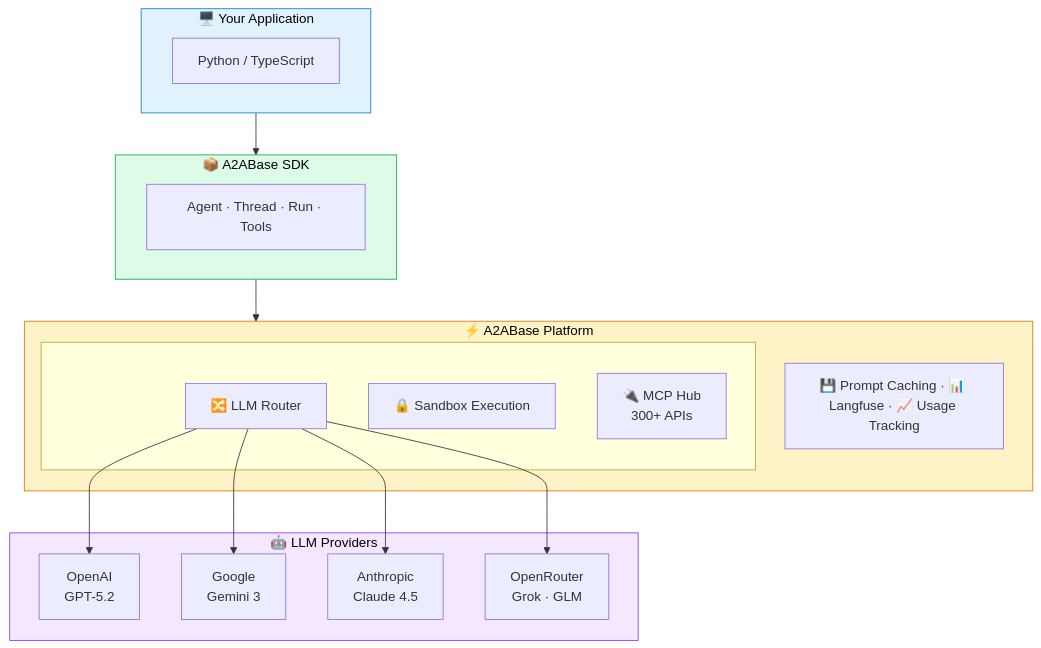
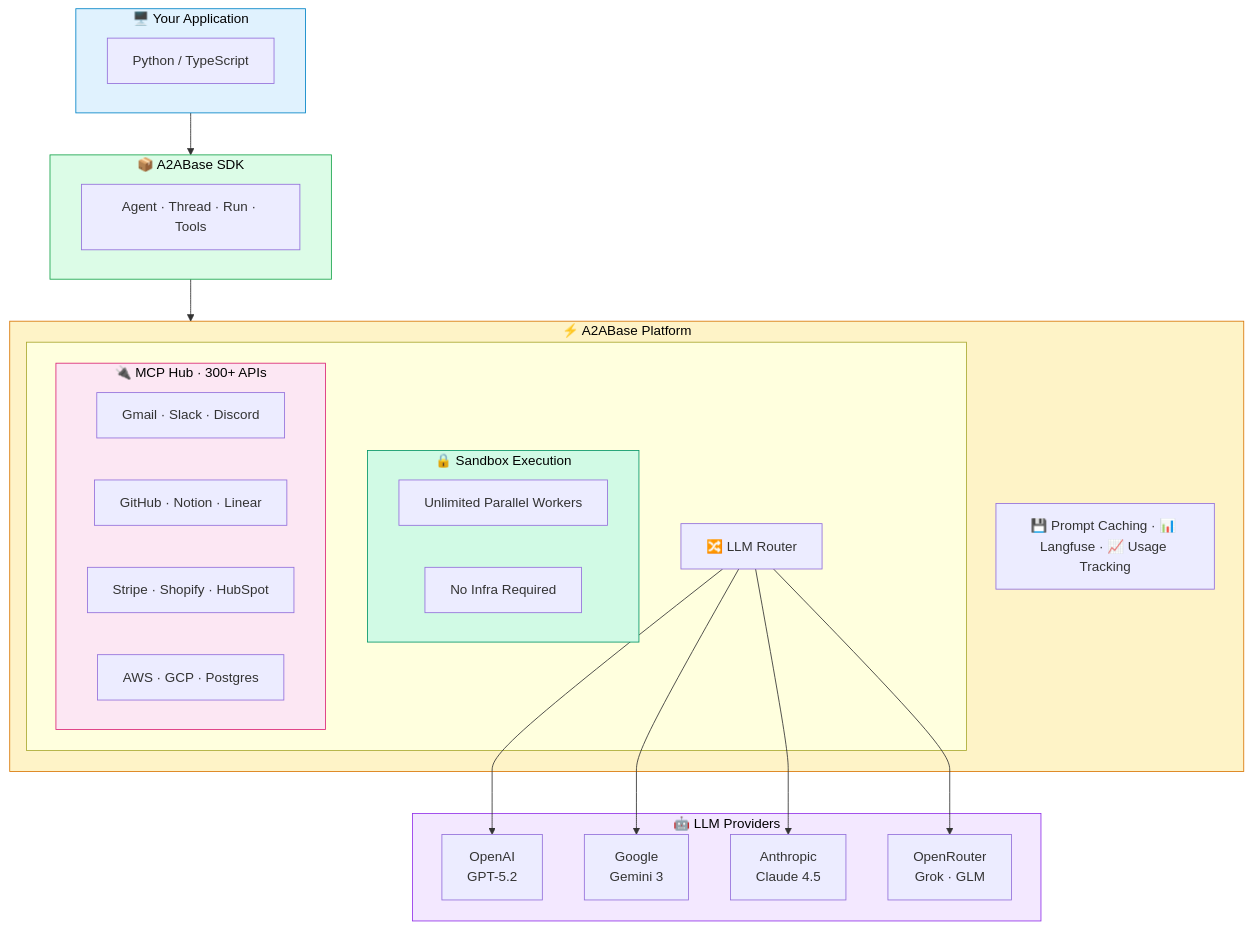
Before and after one commit to A2ABaseAI/sdks: the diagram in README.md, drawn with Mermaid. The commit also changed other lines of this file, not shown here.

````diff
--- a/README.md
+++ b/README.md
@@ -455,38 +473,48 @@
 ```mermaid
 flowchart TB
     subgraph APP["🖥️ Your Application"]
         A[Python / TypeScript]
     end
 
     subgraph SDK["📦 A2ABase SDK"]
         B[Agent · Thread · Run · Tools]
     end
 
     subgraph PLATFORM["⚡ A2ABase Platform"]
         subgraph SERVICES[" "]
             C[🔀 LLM Router]
-            D[🔒 Sandbox Execution]
-            E[🔌 MCP Hub<br/>300+ APIs]
+            subgraph SANDBOX["🔒 Sandbox Execution"]
+                D1[Unlimited Parallel Workers]
+                D2[No Infra Required]
+            end
+            subgraph MCP["🔌 MCP Hub · 300+ APIs"]
+                E1[Gmail · Slack · Discord]
+                E2[GitHub · Notion · Linear]
+                E3[Stripe · Shopify · HubSpot]
+                E4[AWS · GCP · Postgres]
+            end
         end
         F[💾 Prompt Caching · 📊 Langfuse · 📈 Usage Tracking]
     end
 
     subgraph PROVIDERS["🤖 LLM Providers"]
         G[OpenAI<br/>GPT-5.2]
         H[Google<br/>Gemini 3]
         I[Anthropic<br/>Claude 4.5]
         J[OpenRouter<br/>Grok · GLM]
     end
 
     APP --> SDK
     SDK --> PLATFORM
     C --> G
     C --> H
     C --> I
     C --> J
 
     style APP fill:#e0f2fe,stroke:#0284c7,color:#000
     style SDK fill:#dcfce7,stroke:#16a34a,color:#000
     style PLATFORM fill:#fef3c7,stroke:#d97706,color:#000
     style PROVIDERS fill:#f3e8ff,stroke:#9333ea,color:#000
+    style MCP fill:#fce7f3,stroke:#db2777,color:#000
+    style SANDBOX fill:#d1fae5,stroke:#059669,color:#000
 ```
````
